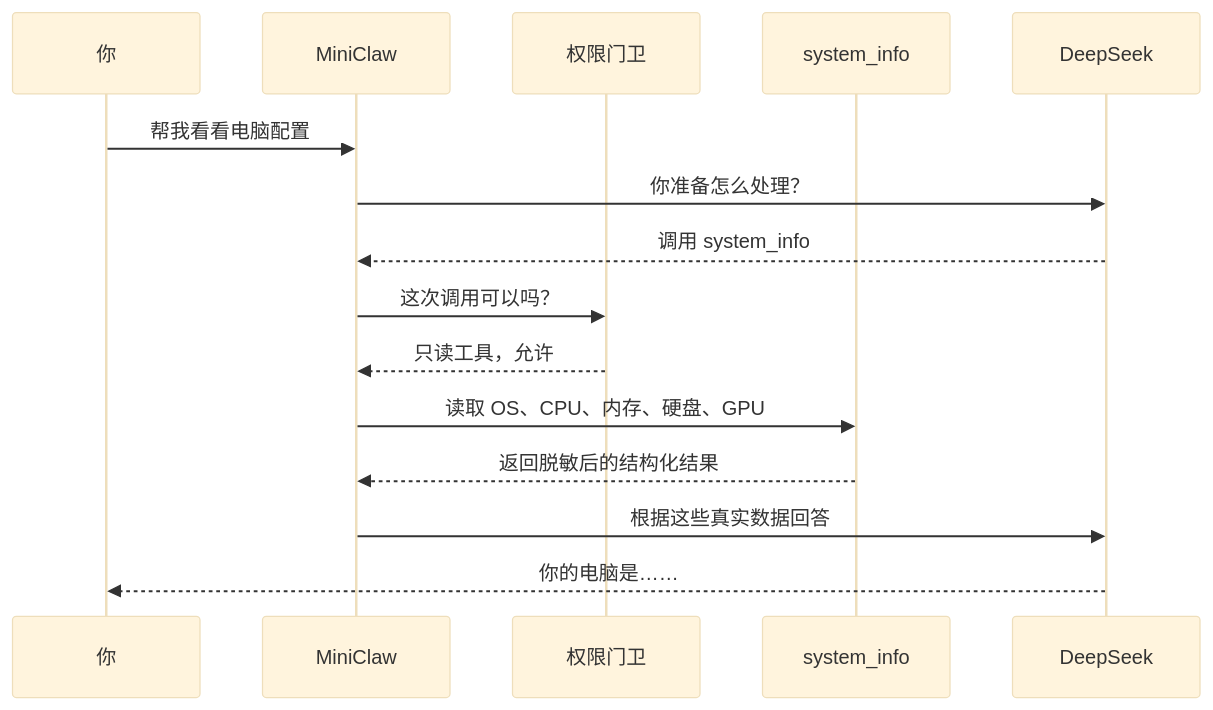
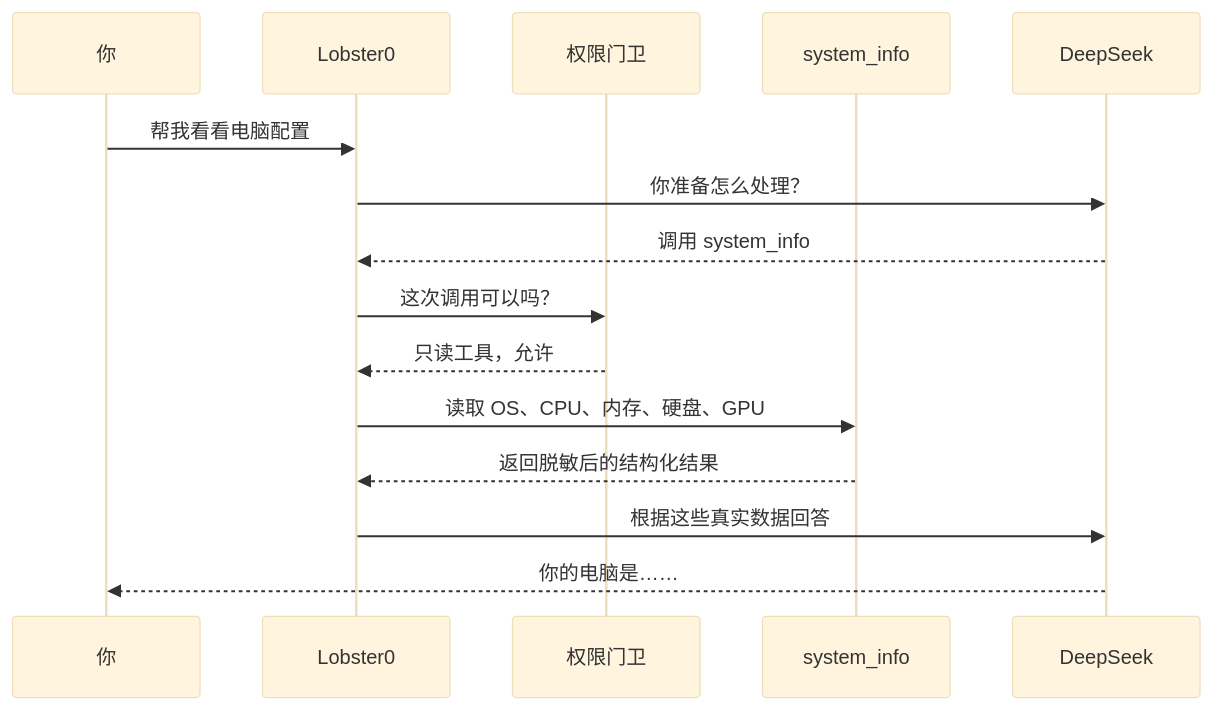
One commit to NEDONION/lobster0 changed the third of 17 diagrams in docs/superpowers/specs/2026-08-07-phase-2-tools-security-design.md. Above: the diagram before and after it, drawn with Mermaid (base theme). The commit also changed other lines of this file and 221 other files, not shown here.

````diff
--- a/docs/superpowers/specs/2026-08-07-phase-2-tools-security-design.md
+++ b/docs/superpowers/specs/2026-08-07-phase-2-tools-security-design.md
@@ -102,18 +102,18 @@
 ```mermaid
 sequenceDiagram
     participant You as 你
-    participant Agent as MiniClaw
+    participant Agent as Lobster0
     participant Policy as 权限门卫
     participant Tool as system_info
     participant Model as DeepSeek
 
     You->>Agent: 帮我看看电脑配置
     Agent->>Model: 你准备怎么处理？
     Model-->>Agent: 调用 system_info
     Agent->>Policy: 这次调用可以吗？
     Policy-->>Agent: 只读工具，允许
     Agent->>Tool: 读取 OS、CPU、内存、硬盘、GPU
     Tool-->>Agent: 返回脱敏后的结构化结果
     Agent->>Model: 根据这些真实数据回答
     Model-->>You: 你的电脑是……
 ```
````
